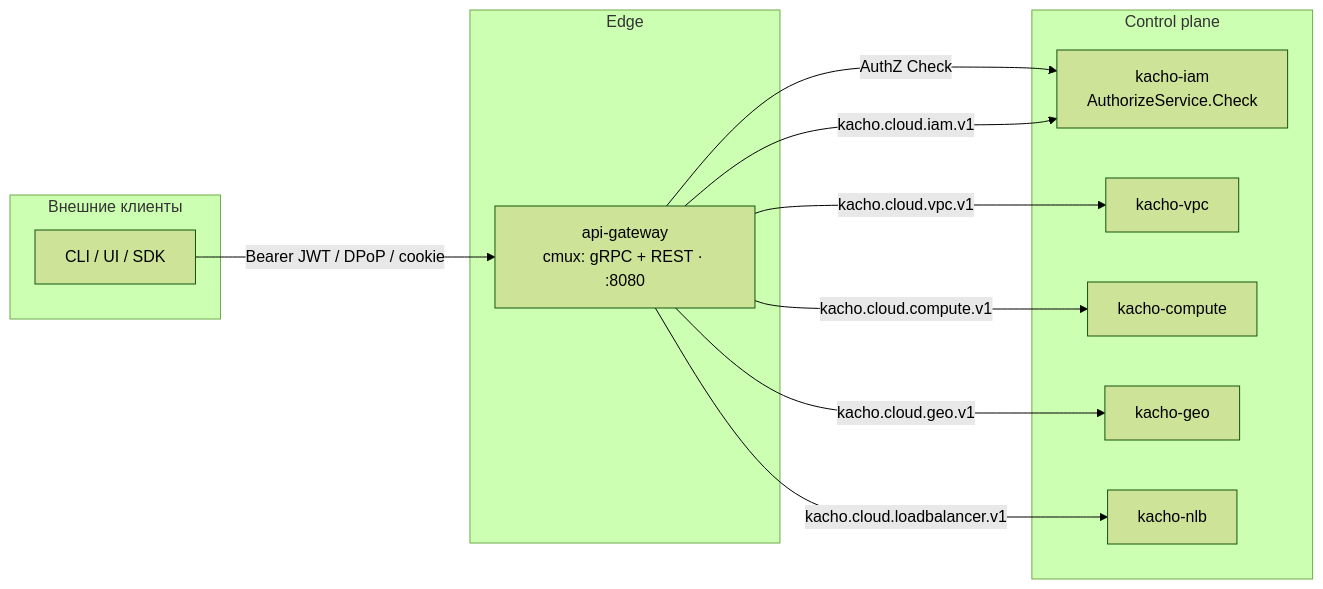
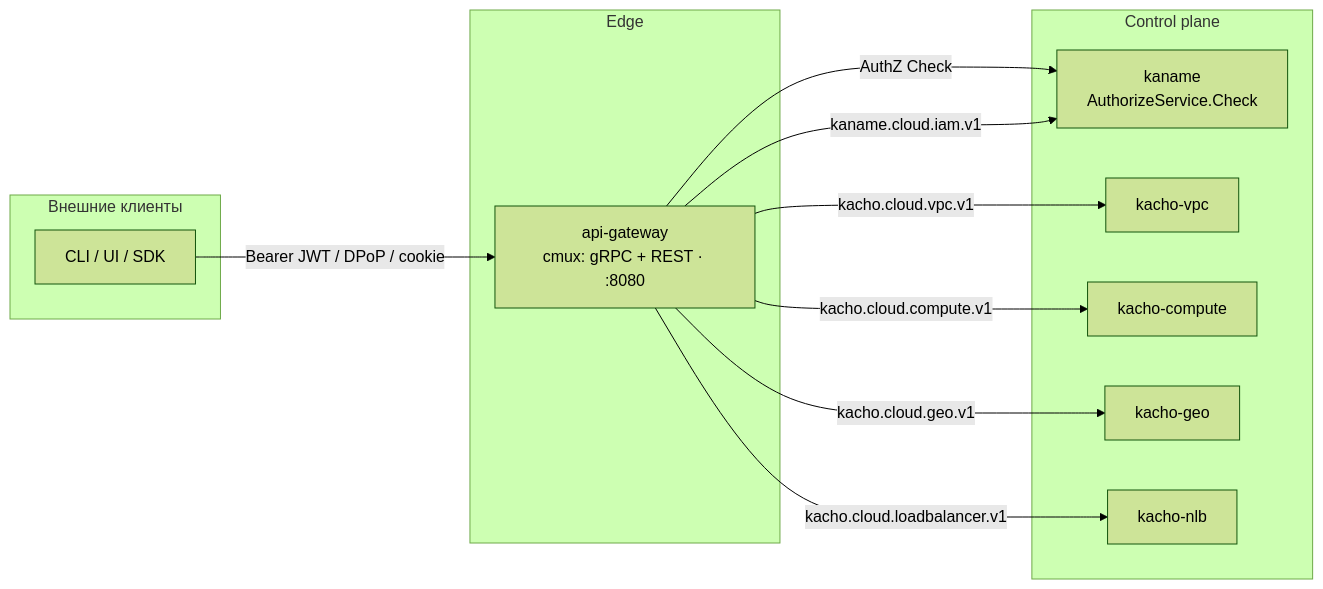
Before and after one commit to PRO-Robotech/kacho: the diagram in gateway/docs/content/intro.mdx, drawn with Mermaid (forest theme). The commit also changed other lines of this file and 5005 other files, not shown here.

````diff
--- a/gateway/docs/content/intro.mdx
+++ b/gateway/docs/content/intro.mdx
@@ -133,24 +133,24 @@
 ```mermaid
 flowchart LR
   subgraph ext["Внешние клиенты"]
     cli["CLI / UI / SDK"]
   end
   subgraph edge["Edge"]
     agw["api-gateway<br/>cmux: gRPC + REST · :8080"]
   end
   subgraph cp["Control plane"]
-    iam["kacho-iam<br/>AuthorizeService.Check"]
+    iam["kaname<br/>AuthorizeService.Check"]
     vpc["kacho-vpc"]
     cmp["kacho-compute"]
     geo["kacho-geo"]
     nlb["kacho-nlb"]
   end
 
   cli -->|"Bearer JWT / DPoP / cookie"| agw
   agw -->|"AuthZ Check"| iam
-  agw -->|"kacho.cloud.iam.v1"| iam
+  agw -->|"kaname.cloud.iam.v1"| iam
   agw -->|"kacho.cloud.vpc.v1"| vpc
   agw -->|"kacho.cloud.compute.v1"| cmp
   agw -->|"kacho.cloud.geo.v1"| geo
   agw -->|"kacho.cloud.loadbalancer.v1"| nlb
 ```
````
